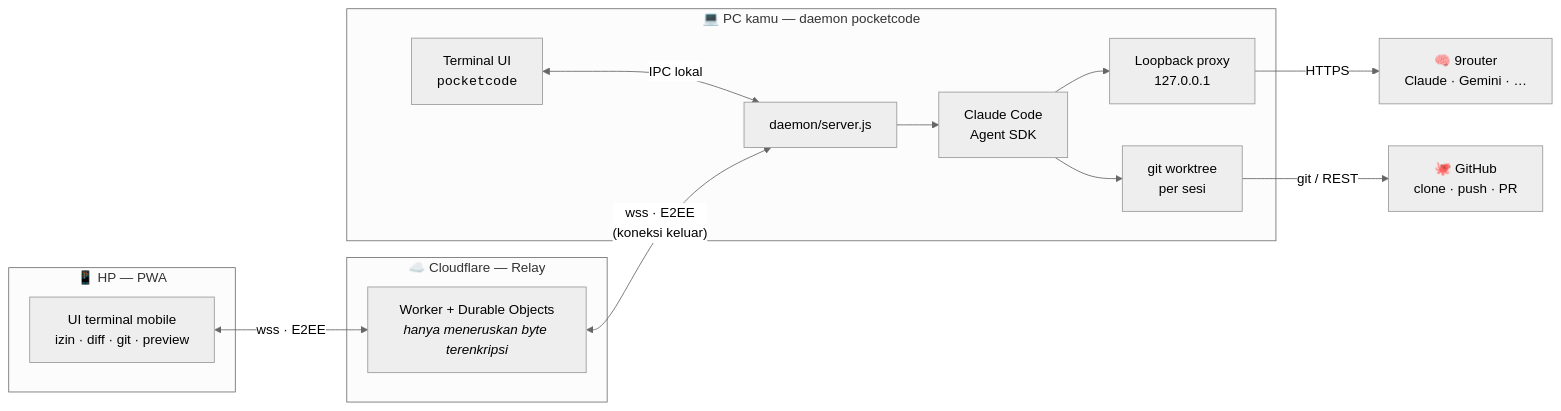
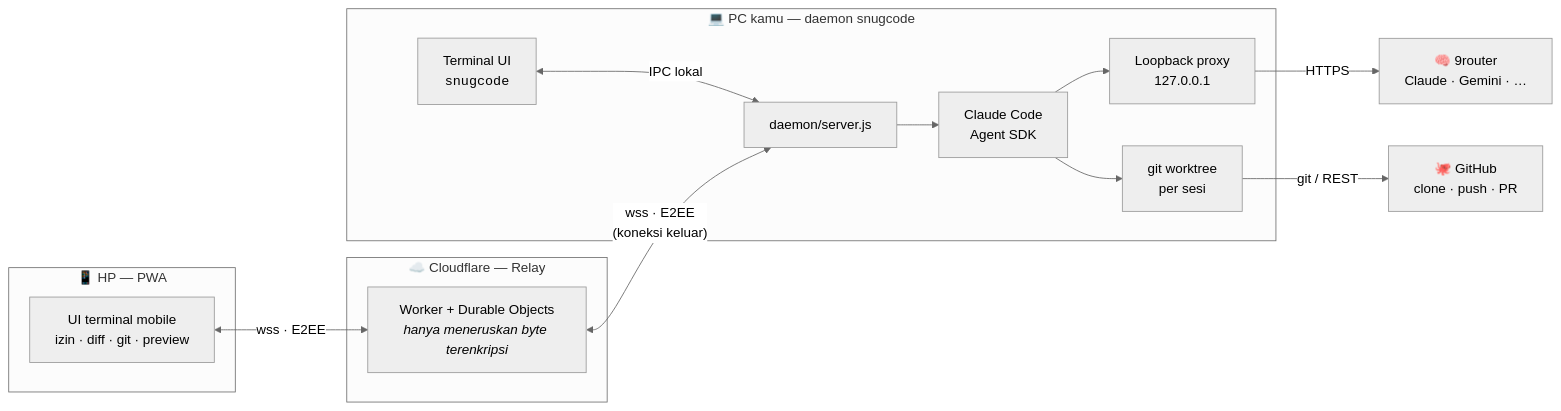
One commit to arfakaisar/snugcode changed the first of 5 diagrams in README.md. Above: the diagram before and after it, drawn with Mermaid (neutral theme). The commit also changed other lines of this file and 67 other files, not shown here.

````diff
--- a/README.md
+++ b/README.md
@@ -92,29 +94,29 @@
 ```mermaid
 flowchart LR
     subgraph HP["📱 HP — PWA"]
         UI["UI terminal mobile<br/>izin · diff · git · preview"]
     end
 
     subgraph CF["☁️ Cloudflare — Relay"]
         R["Worker + Durable Objects<br/><i>hanya meneruskan byte terenkripsi</i>"]
     end
 
-    subgraph PC["💻 PC kamu — daemon pocketcode"]
+    subgraph PC["💻 PC kamu — daemon snugcode"]
         D["daemon/server.js"]
         A["Claude Code<br/>Agent SDK"]
         P["Loopback proxy<br/>127.0.0.1"]
         W["git worktree<br/>per sesi"]
-        T["Terminal UI<br/><code>pocketcode</code>"]
+        T["Terminal UI<br/><code>snugcode</code>"]
         D --> A --> P
         A --> W
         T <-- IPC lokal --> D
     end
 
     AI["🧠 9router<br/>Claude · Gemini · …"]
     GH["🐙 GitHub<br/>clone · push · PR"]
 
     UI <-- "wss · E2EE" --> R
     R <-- "wss · E2EE<br/>(koneksi keluar)" --> D
     P -- HTTPS --> AI
     W -- git / REST --> GH
 ```
````
